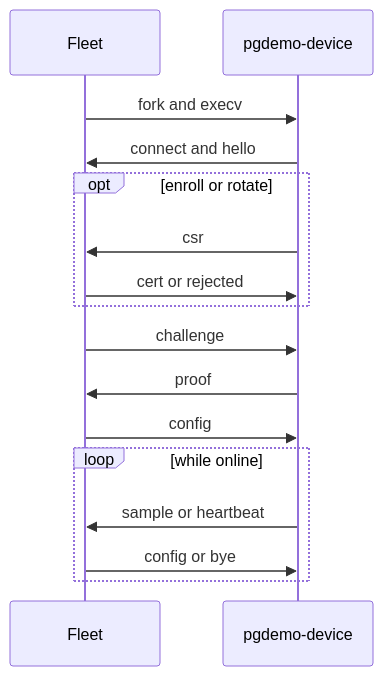
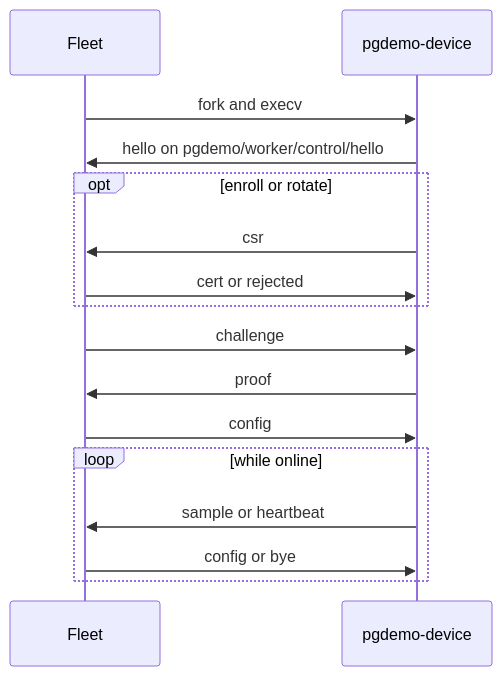
The second of 2 diagrams in controller/README.md (jgmatu/postgresql), drawn with Mermaid before and after one commit. The commit also changed other lines of this file and 44 other files, not shown here.

````diff
--- a/controller/README.md
+++ b/controller/README.md
@@ -115,18 +114,18 @@
 ```mermaid
 sequenceDiagram
     participant F as Fleet
     participant D as pgdemo-device
     F->>D: fork and execv
-    D->>F: connect and hello
+    D->>F: hello on pgdemo/worker/control/hello
     opt enroll or rotate
         D->>F: csr
         F->>D: cert or rejected
     end
     F->>D: challenge
     D->>F: proof
     F->>D: config
     loop while online
         D->>F: sample or heartbeat
         F->>D: config or bye
     end
 ```
````
